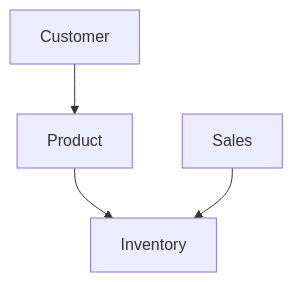
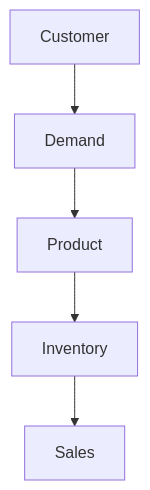
Before and after one commit to ryanbullock02/NikeStore_ERD.md: the diagram in README.md, drawn with Mermaid.

````diff
--- a/README.md
+++ b/README.md
@@ -4,6 +4,8 @@
 ```mermaid
 flowchart TB
-  A[Customer] --> B[Product]
-  B --> C[Inventory]
-  D[Sales] --> C
+  A[Customer] --> B[Demand]
+  B --> C[Product]
+  C --> D[Inventory]
+  D --> E[Sales]
+  
   ```
````
